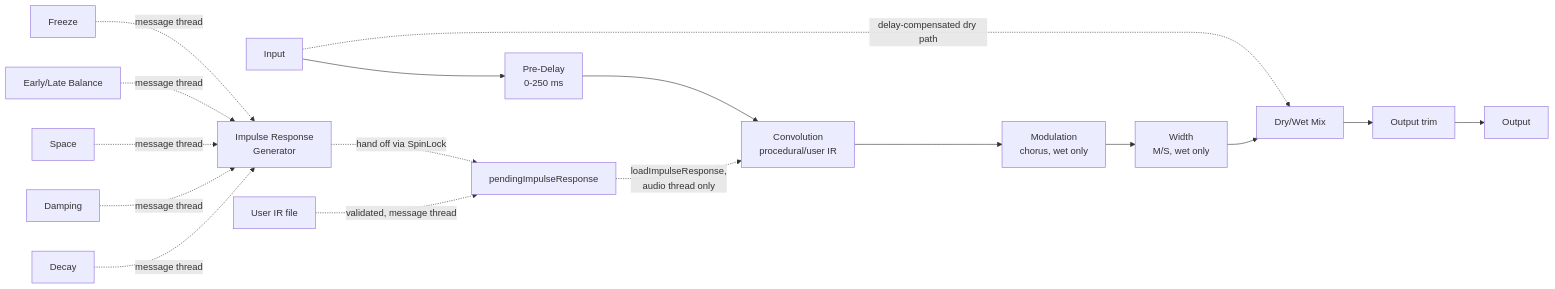
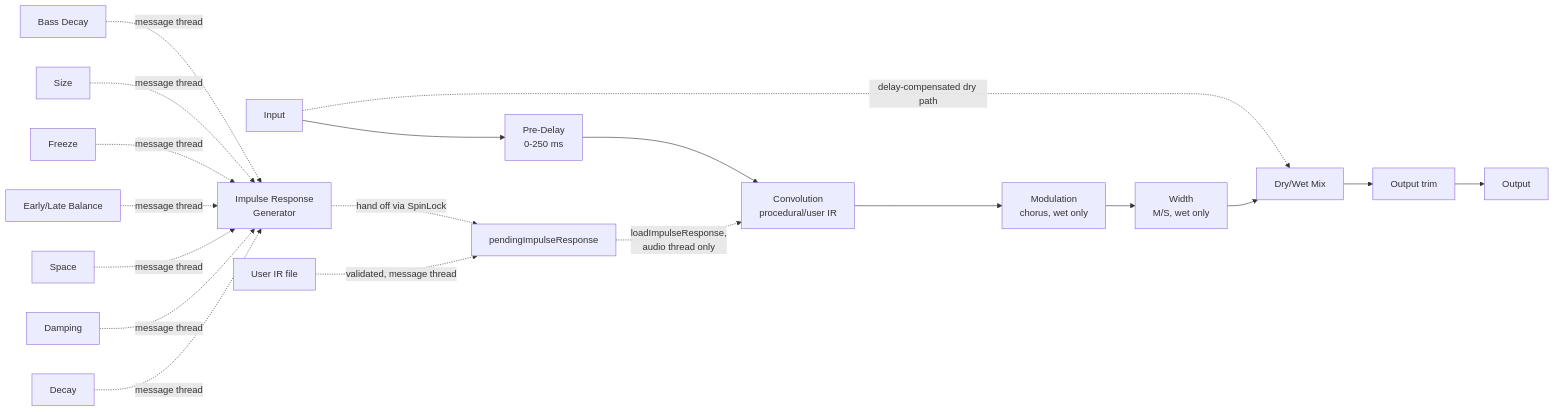
Before and after one commit to basilica-audio/Requiem: the diagram in docs/architecture.md, drawn with Mermaid. The commit also changed other lines of this file and 42 other files, not shown here.

````diff
--- a/docs/architecture.md
+++ b/docs/architecture.md
@@ -5,20 +5,22 @@
 ```mermaid
 flowchart LR
     IN[Input] --> PD[Pre-Delay<br/>0-250 ms]
     PD --> CONV[Convolution<br/>procedural/user IR]
     CONV --> MOD[Modulation<br/>chorus, wet only]
     MOD --> WIDTH[Width<br/>M/S, wet only]
     WIDTH --> MIX[Dry/Wet Mix]
     IN -.->|delay-compensated dry path| MIX
     MIX --> OUT_GAIN[Output trim]
     OUT_GAIN --> OUT[Output]
 
     DECAY[Decay] -.->|message thread| IRGEN[Impulse Response<br/>Generator]
     DAMPING[Damping] -.->|message thread| IRGEN
     SPACE[Space] -.->|message thread| IRGEN
     BALANCE[Early/Late Balance] -.->|message thread| IRGEN
     FREEZE[Freeze] -.->|message thread| IRGEN
+    SIZE[Size] -.->|message thread| IRGEN
+    BASSDECAY[Bass Decay] -.->|message thread| IRGEN
     IRGEN -.->|hand off via SpinLock| PENDING[pendingImpulseResponse]
     PENDING -.->|loadImpulseResponse,<br/>audio thread only| CONV
     USERIR[User IR file] -.->|validated, message thread| PENDING
 ```
````
